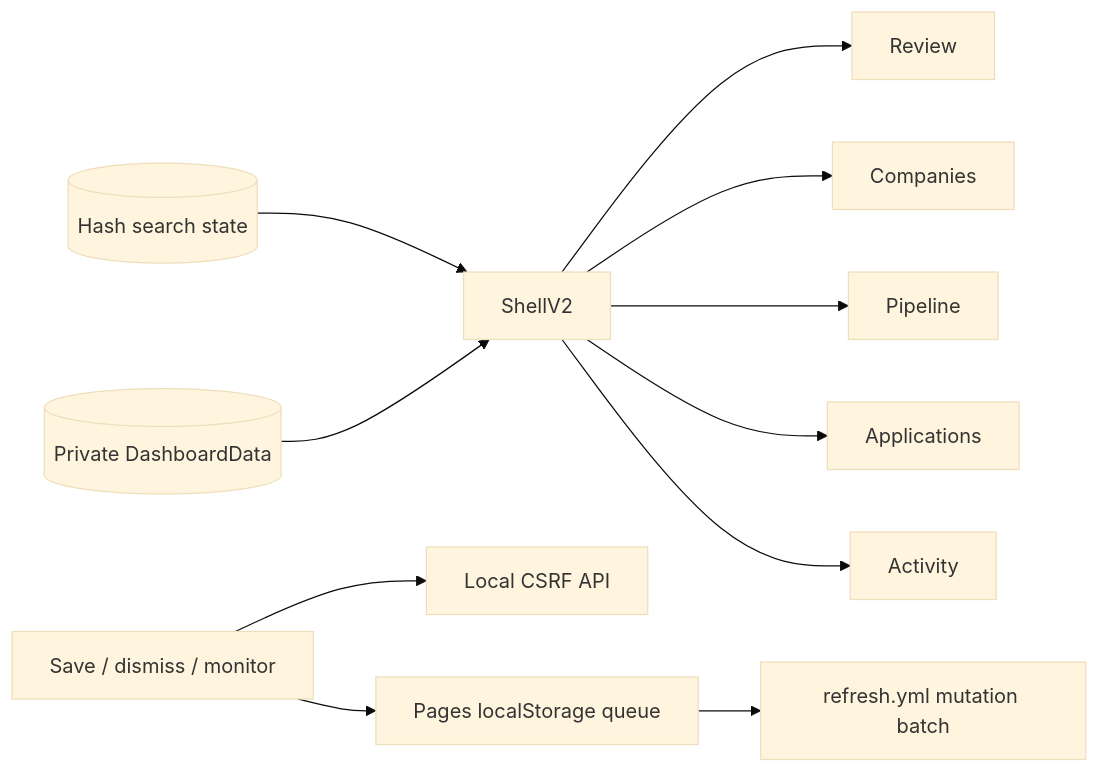
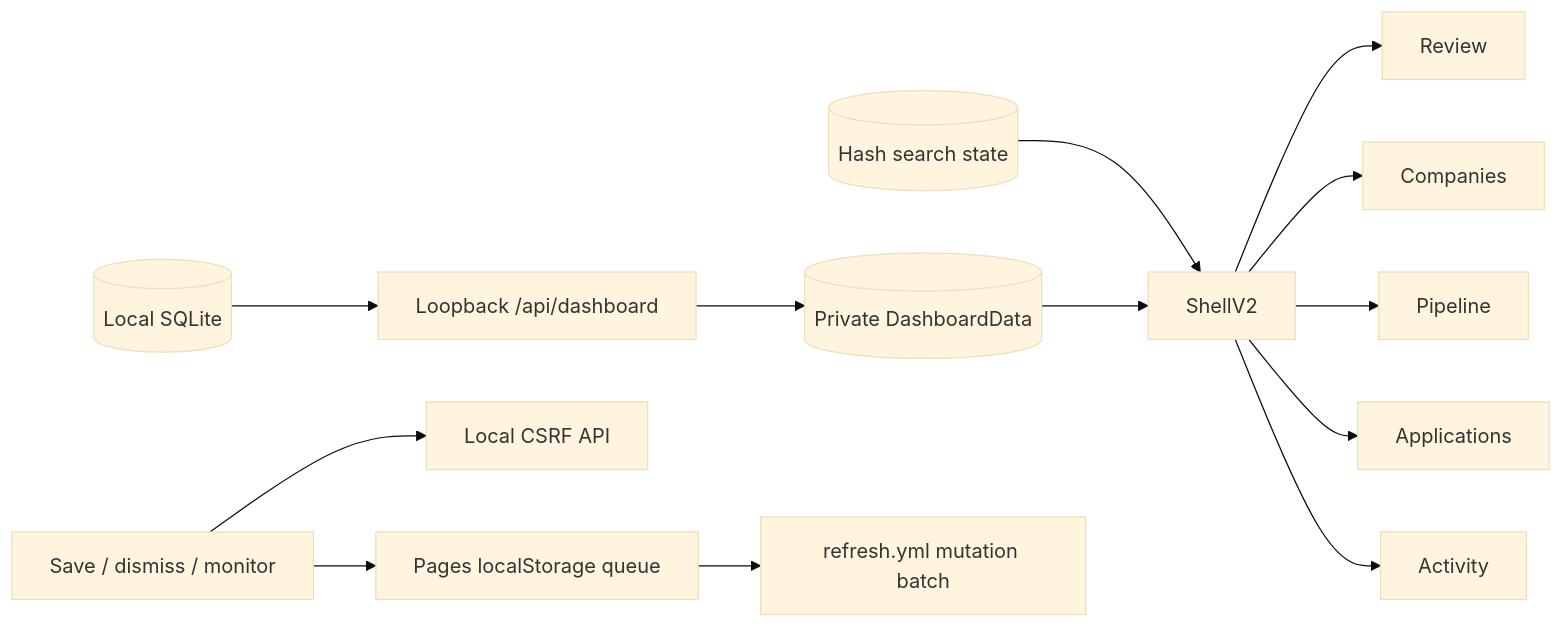
One commit to rinz0x0cruz/jobscope changed the third of 4 diagrams in ARCHITECTURE.md. Above: the diagram before and after it, drawn with Mermaid (base theme). The commit also changed other lines of this file and 65 other files, not shown here.

````diff
--- a/ARCHITECTURE.md
+++ b/ARCHITECTURE.md
@@ -378,13 +380,15 @@
 ```mermaid
 flowchart LR
   URL[(Hash search state)] --> Shell[ShellV2]
   Private[(Private DashboardData)] --> Shell
+  SQLite[(Local SQLite)] --> GuardedAPI[Loopback /api/dashboard]
+  GuardedAPI --> Private
   Shell --> Review
   Shell --> Companies
   Shell --> Pipeline
   Shell --> Applications
   Shell --> Activity
   Action[Save / dismiss / monitor] --> Local[Local CSRF API]
   Action --> Queue[Pages localStorage queue]
   Queue --> Workflow[refresh.yml mutation batch]
 ```
````
